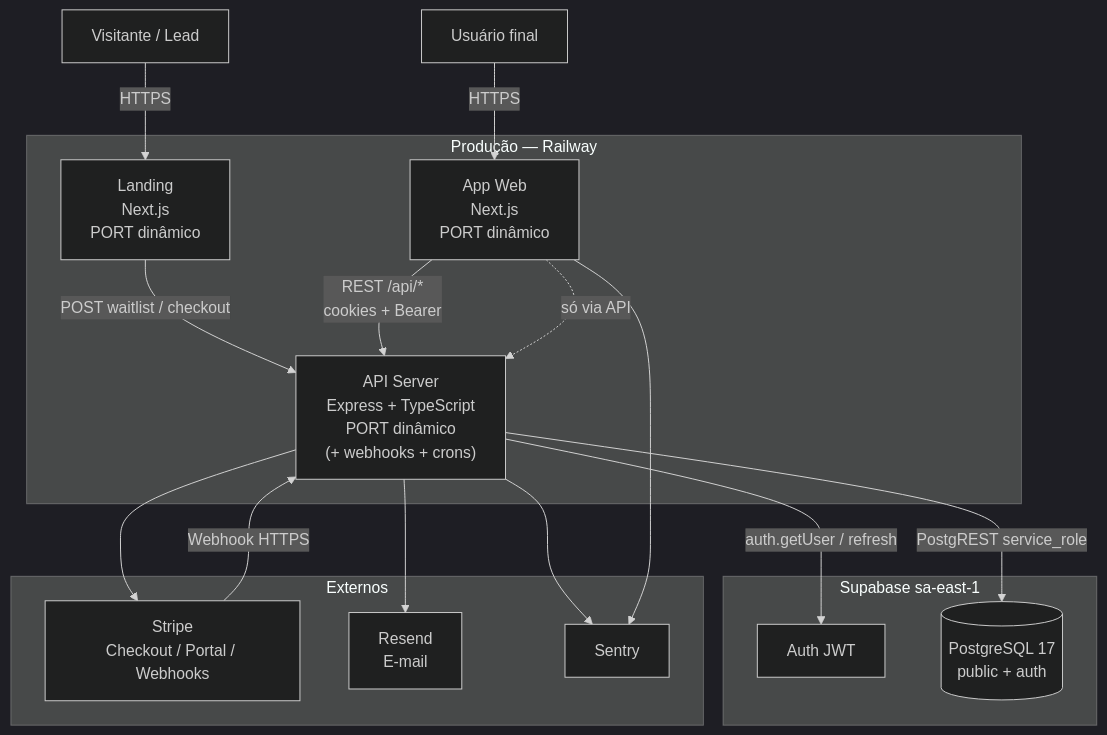
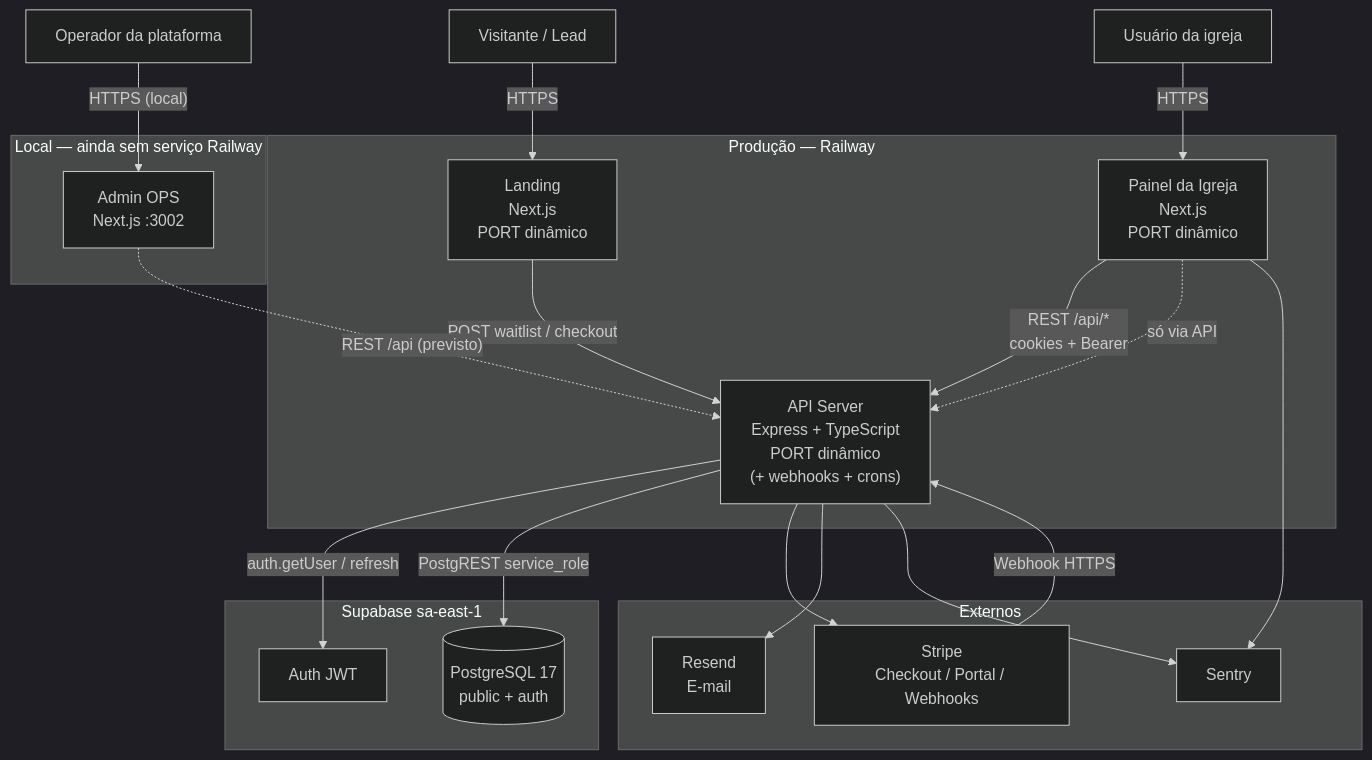
One commit to vinic-asouza/flock changed the first of 8 diagrams in docs/03_arquitetura/diagrama-de-sistema.md. Above: the diagram before and after it, drawn with Mermaid (dark theme). The commit also changed other lines of this file and 16 other files, not shown here.

First line of the commit message:
docs(admin-ops): record fourth monorepo surface

````diff
--- a/docs/03_arquitetura/diagrama-de-sistema.md
+++ b/docs/03_arquitetura/diagrama-de-sistema.md
@@ -17,36 +17,43 @@
 ```mermaid
 flowchart TD
-  user["Usuário final"]
+  user["Usuário da igreja"]
   visitor["Visitante / Lead"]
+  staff["Operador da plataforma"]
 
   subgraph railway ["Produção — Railway"]
     landing["Landing\nNext.js\nPORT dinâmico"]
-    web["App Web\nNext.js\nPORT dinâmico"]
+    web["Painel da Igreja\nNext.js\nPORT dinâmico"]
     api["API Server\nExpress + TypeScript\nPORT dinâmico\n(+ webhooks + crons)"]
+  end
+
+  subgraph local ["Local — ainda sem serviço Railway"]
+    ops["Admin OPS\nNext.js :3002"]
   end
 
   subgraph supabase ["Supabase sa-east-1"]
     auth["Auth JWT"]
     db[("PostgreSQL 17\npublic + auth")]
   end
 
   subgraph externos ["Externos"]
     stripe["Stripe\nCheckout / Portal / Webhooks"]
     resend["Resend\nE-mail"]
     sentry["Sentry"]
   end
 
   visitor -->|"HTTPS"| landing
   user -->|"HTTPS"| web
+  staff -->|"HTTPS (local)"| ops
   landing -->|"POST waitlist / checkout"| api
   web -->|"REST /api/*\ncookies + Bearer"| api
+  ops -.->|"REST /api (previsto)"| api
   stripe -->|"Webhook HTTPS"| api
 
   api -->|"auth.getUser / refresh"| auth
   api -->|"PostgREST service_role"| db
   web -.->|"só via API"| api
   api --> stripe
   api --> resend
   api --> sentry
   web --> sentry
 ```
````
